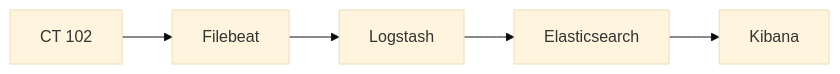
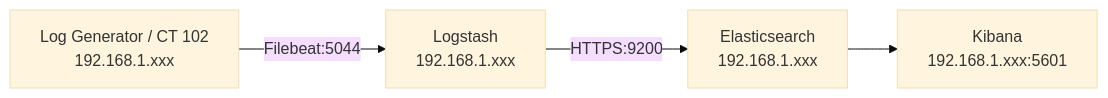
The third of 3 diagrams in monitoring/elk-stack/REDME.MD (azizyahyaoui/HomeLab-stacks), drawn with Mermaid (base theme) before and after one commit. The commit also changed other lines of this file and 1 other file, not shown here.

First line of the commit message:
Add comprehensive Filebeat homelab deployment guide

````diff
--- a/monitoring/elk-stack/REDME.MD
+++ b/monitoring/elk-stack/REDME.MD
@@ -324,7 +208,6 @@
 ```mermaid
 flowchart LR
-        CT[CT 102] --> Filebeat[Filebeat]
-        Filebeat --> Logstash[Logstash]
-        Logstash --> Elasticsearch[Elasticsearch]
-        Elasticsearch --> Kibana[Kibana]
+  Node[Log Generator / CT 102\n192.168.1.xxx] -->|Filebeat:5044| Logstash[Logstash\n192.168.1.xxx]
+  Logstash -->|HTTPS:9200| Elasticsearch[Elasticsearch\n192.168.1.xxx]
+  Elasticsearch --> Kibana[Kibana\n192.168.1.xxx:5601]
 ```
````
